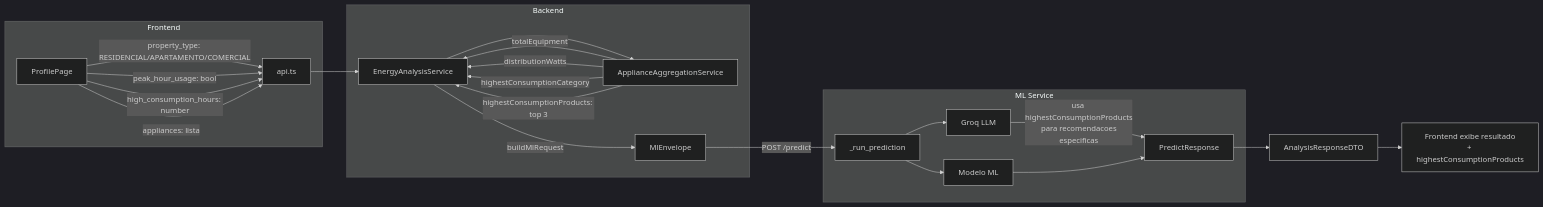
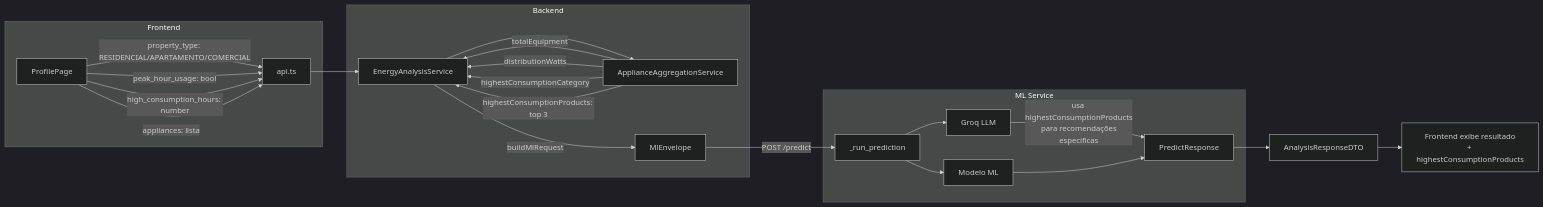
One commit to No-Country-simulation/G9-BR-TEAM-18 changed the diagram in docs/adr/0032-enriquecer-dados-analise-energetica.md. Above: the diagram before and after it, drawn with Mermaid (dark theme). The commit also changed 12 other files, not shown here.

````diff
--- a/docs/adr/0032-enriquecer-dados-analise-energetica.md
+++ b/docs/adr/0032-enriquecer-dados-analise-energetica.md
@@ -75,27 +75,27 @@
 ```mermaid
 flowchart LR
     subgraph Frontend
         A[ProfilePage] -->|property_type: RESIDENCIAL/APARTAMENTO/COMERCIAL| B[api.ts]
         A -->|peak_hour_usage: bool| B
         A -->|high_consumption_hours: number| B
         A -->|appliances: lista| B
     end
     subgraph Backend
         B --> C[EnergyAnalysisService]
         C --> D[ApplianceAggregationService]
         D -->|totalEquipment| C
         D -->|distributionWatts| C
         D -->|highestConsumptionCategory| C
         D -->|highestConsumptionProducts: top 3| C
         C -->|buildMlRequest| E[MlEnvelope]
     end
     subgraph "ML Service"
         E -->|POST /predict| F[_run_prediction]
         F --> G[Modelo ML]
         F --> H[Groq LLM]
-        H -->|usa highestConsumptionProducts<br/>para recomendacoes<br/>especificas| I[PredictResponse]
+        H -->|usa highestConsumptionProducts<br/>para recomendações<br/>específicas| I[PredictResponse]
         G --> I
     end
     I --> J[AnalysisResponseDTO]
     J --> K[Frontend exibe resultado<br/>+ highestConsumptionProducts]
 ```
````
